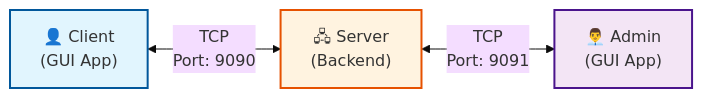
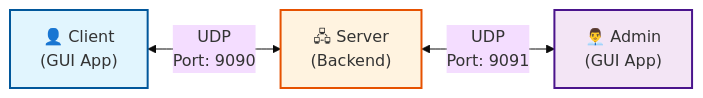
One commit to eric6227/OpenVoiceChat changed the diagram in README.md. Above: the diagram before and after it, drawn with Mermaid (base theme). The commit also changed other lines of this file and 13 other files, not shown here.

````diff
--- a/README.md
+++ b/README.md
@@ -63,13 +78,13 @@
 ```mermaid
 graph LR
-    Client["👤 Client<br/>(GUI App)"] <-->|"TCP<br/>Port: 9090"| Server["🖧 Server<br/>(Backend)"]
-    Server <-->|"TCP<br/>Port: 9091"| Admin["👨‍💼 Admin<br/>(GUI App)"]
+    Client["👤 Client<br/>(GUI App)"] <-->|"UDP<br/>Port: 9090"| Server["🖧 Server<br/>(Backend)"]
+    Server <-->|"UDP<br/>Port: 9091"| Admin["👨‍💼 Admin<br/>(GUI App)"]
 
     classDef clientClass fill:#e1f5fe,stroke:#01579b,stroke-width:2px
     classDef serverClass fill:#fff3e0,stroke:#e65100,stroke-width:2px
     classDef adminClass fill:#f3e5f5,stroke:#4a148c,stroke-width:2px
     
     class Client clientClass
     class Server serverClass
     class Admin adminClass
 ```
````
